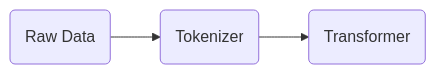
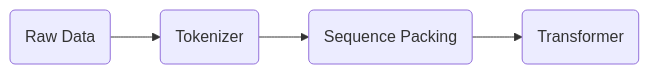
Diagram 17 of 18 in index.md (ChrisZhu2050/chriszhu2050.github.io), drawn with Mermaid before and after one commit. The commit also changed other lines of this file, not shown here.

````diff
--- a/index.md
+++ b/index.md
@@ -477,4 +477,4 @@
     ```mermaid
             graph LR
-                A("`Raw Data`") --> B("`Tokenizer`") --> C("`Transformer`") 
+                A("`Raw Data`") --> B("`Tokenizer`")--> D("`Sequence Packing`") --> C("`Transformer`") 
     ```
````
